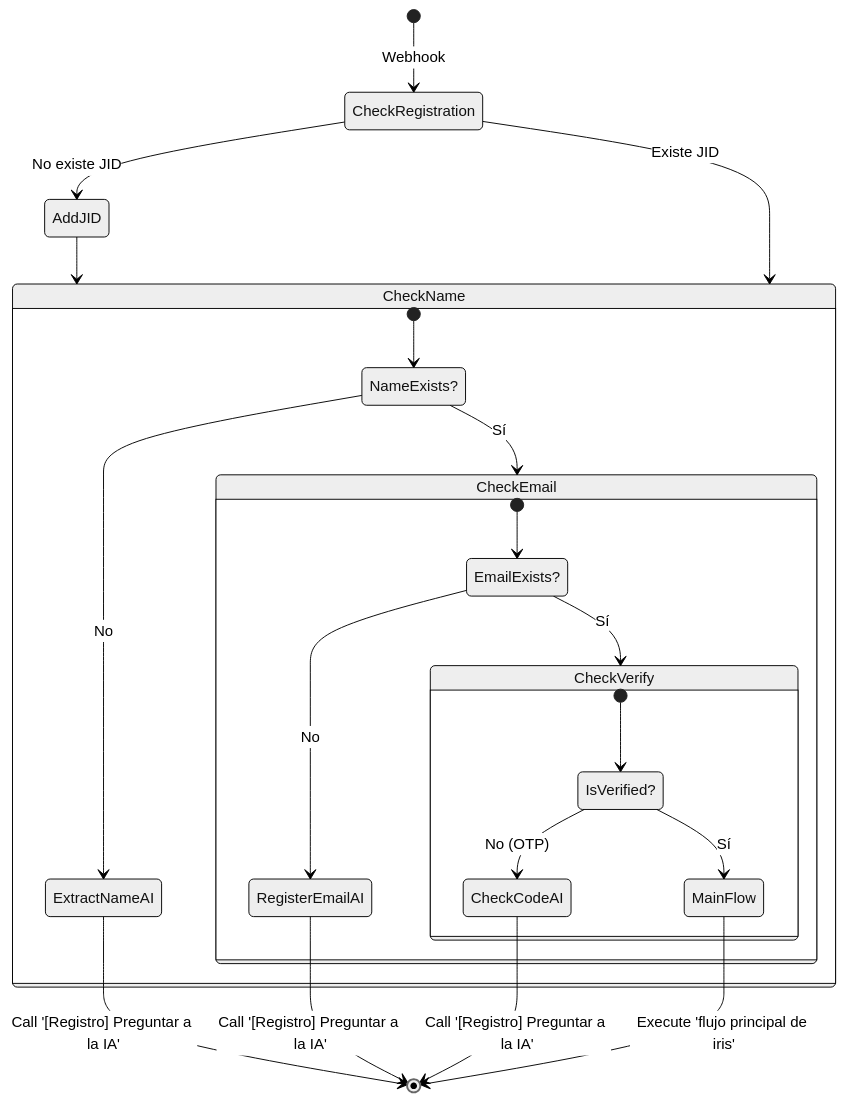
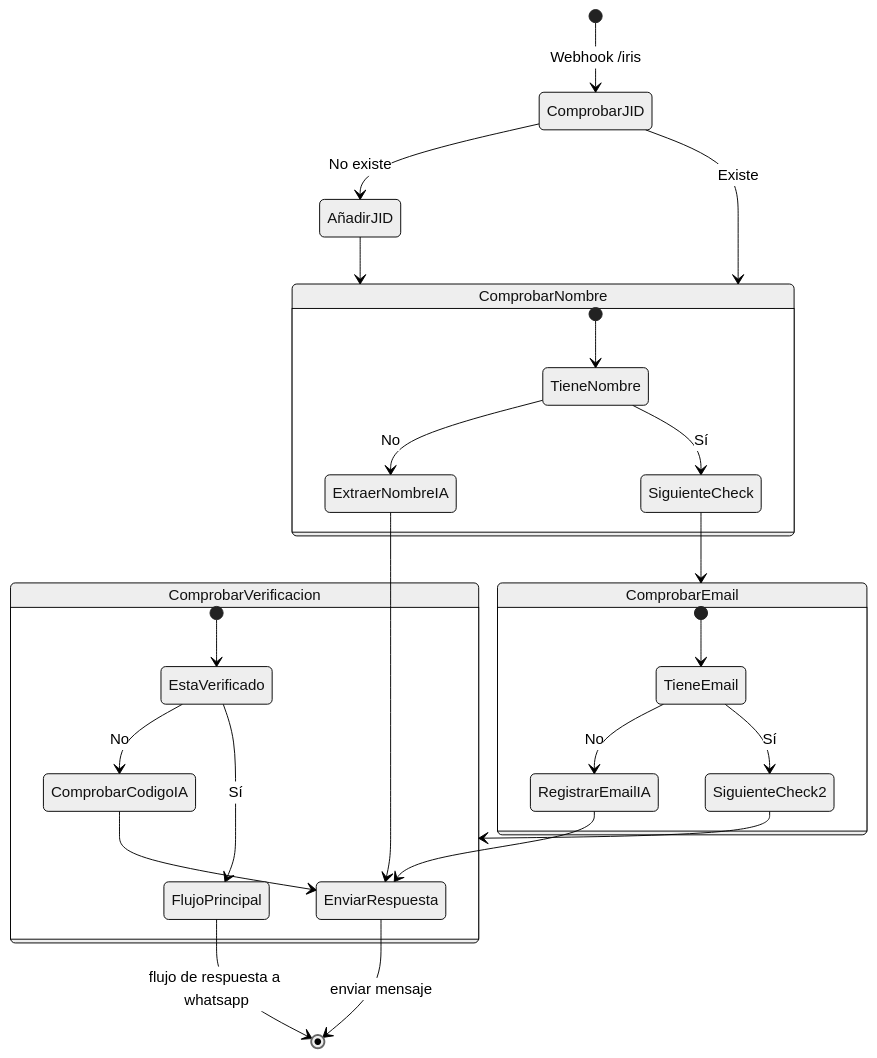
The third of 4 diagrams in documentation/README.md (JavierLianoRioz/Iris), drawn with Mermaid (neutral theme) before and after one commit. The commit also changed other lines of this file and 1 other file, not shown here.

````diff
--- a/documentation/README.md
+++ b/documentation/README.md
@@ -74,30 +122,36 @@
 ```mermaid
 stateDiagram-v2
-    [*] --> CheckRegistration: Webhook
-    CheckRegistration --> AddJID: No existe JID
-    AddJID --> CheckName
-    CheckRegistration --> CheckName: Existe JID
+    [*] --> ComprobarJID: Webhook /iris
     
-    state CheckName {
-        [*] --> NameExists?
-        NameExists? --> ExtractNameAI: No
-        NameExists? --> CheckEmail: Sí
+    ComprobarJID --> AñadirJID: No existe
+    ComprobarJID --> ComprobarNombre: Existe
+    AñadirJID --> ComprobarNombre
+    
+    state ComprobarNombre {
+        [*] --> TieneNombre
+        TieneNombre --> ExtraerNombreIA: No
+        TieneNombre --> SiguienteCheck: Sí
+        ExtraerNombreIA --> EnviarRespuesta
     }
     
-    state CheckEmail {
-        [*] --> EmailExists?
-        EmailExists? --> RegisterEmailAI: No
-        EmailExists? --> CheckVerify: Sí
+    SiguienteCheck --> ComprobarEmail
+    
+    state ComprobarEmail {
+        [*] --> TieneEmail
+        TieneEmail --> RegistrarEmailIA: No
+        TieneEmail --> SiguienteCheck2: Sí
+        RegistrarEmailIA --> EnviarRespuesta
     }
     
-    state CheckVerify {
-        [*] --> IsVerified?
-        IsVerified? --> CheckCodeAI: No (OTP)
-        IsVerified? --> MainFlow: Sí
+    SiguienteCheck2 --> ComprobarVerificacion
+    
+    state ComprobarVerificacion {
+        [*] --> EstaVerificado
+        EstaVerificado --> ComprobarCodigoIA: No
+        EstaVerificado --> FlujoPrincipal: Sí
+        ComprobarCodigoIA --> EnviarRespuesta
     }
 
-    MainFlow --> [*]: Execute 'flujo principal de iris'
-    ExtractNameAI --> [*]: Call '[Registro] Preguntar a la IA'
-    RegisterEmailAI --> [*]: Call '[Registro] Preguntar a la IA'
-    CheckCodeAI --> [*]: Call '[Registro] Preguntar a la IA'
+    FlujoPrincipal --> [*]: flujo de respuesta a whatsapp
+    EnviarRespuesta --> [*]: enviar mensaje
 ```
````
